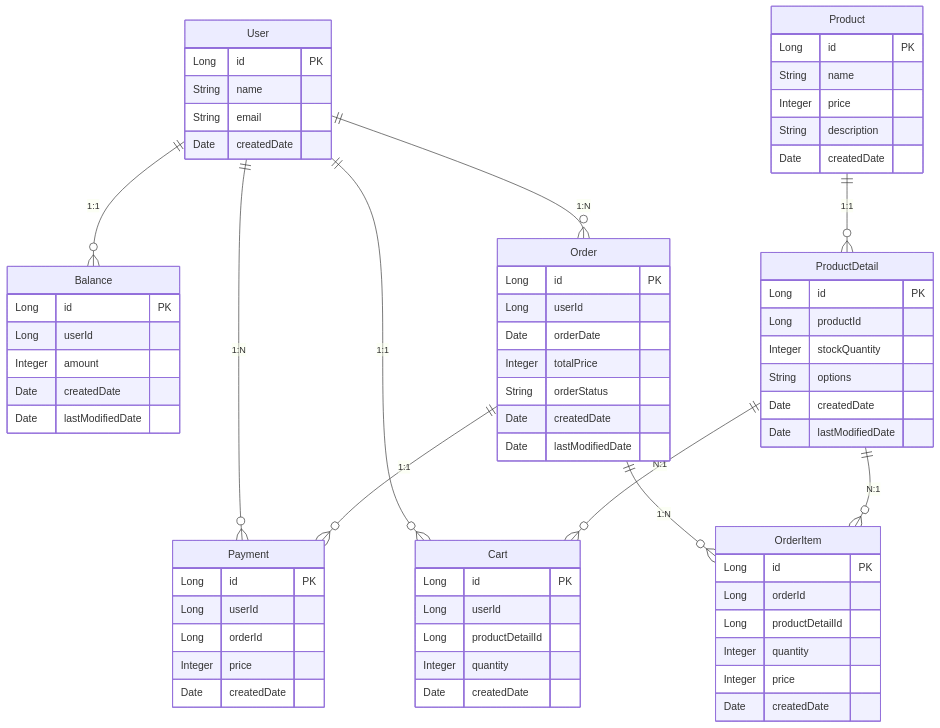
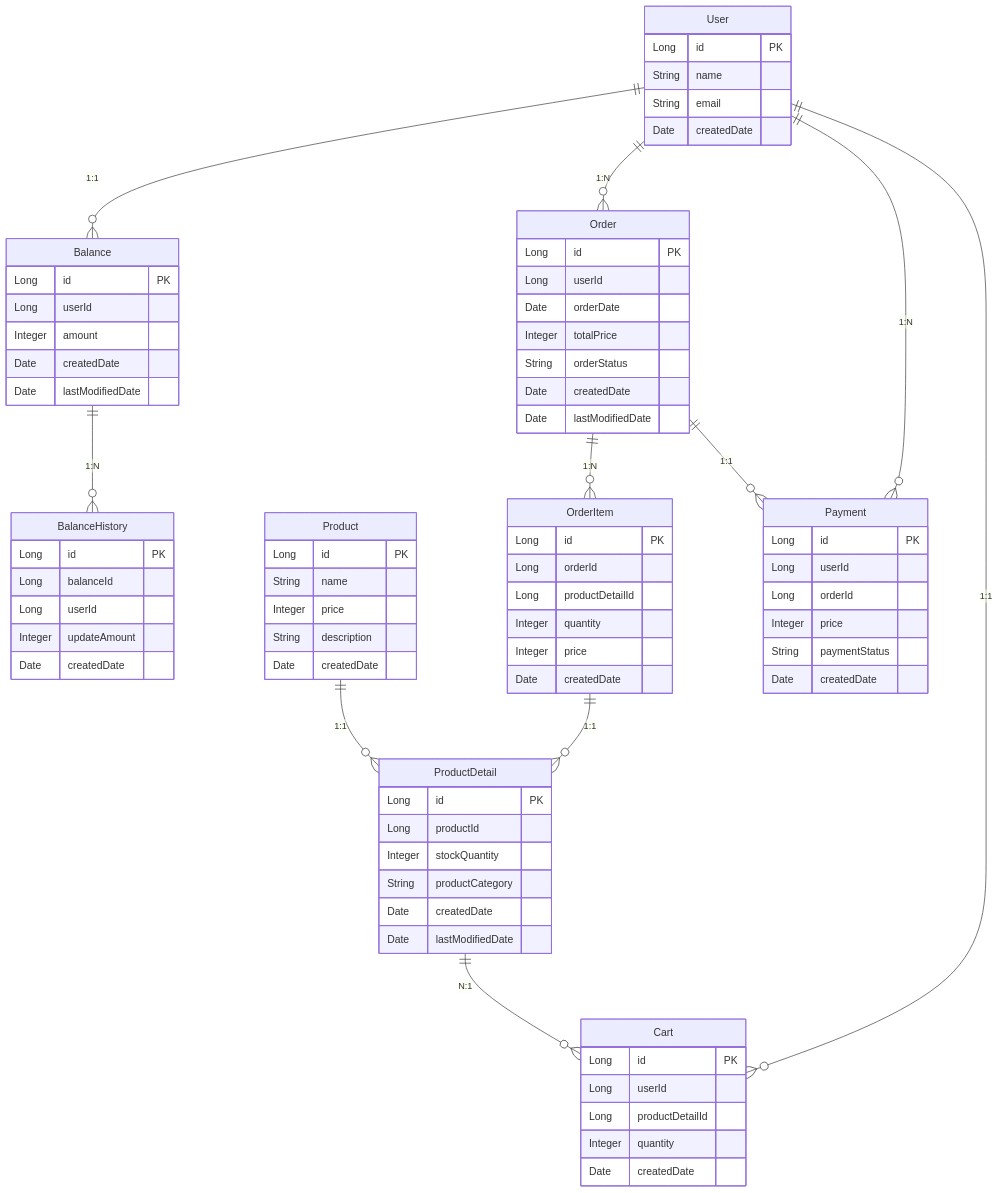
The diagram in docs/ERD.md (lgm1007/hhplus_ecommerce), drawn with Mermaid before and after one commit.

Commit message:
docs: ERD 설계 수정사항  - BalanceHistory 테이블 추가  - 특정 컬럼 삭제 및 추가  - 관계 정의 수정

````diff
--- a/docs/ERD.md
+++ b/docs/ERD.md
@@ -15,6 +15,14 @@
         Date createdDate
         Date lastModifiedDate
     }
+    
+    BalanceHistory {
+        Long id PK
+        Long balanceId
+        Long userId
+        Integer updateAmount
+        Date createdDate
+    }
 
     Product {
         Long id PK
@@ -28,7 +36,7 @@
         Long id PK
         Long productId
         Integer stockQuantity
-        String options
+        String productCategory
         Date createdDate
         Date lastModifiedDate
     }
@@ -57,6 +65,7 @@
         Long userId
         Long orderId
         Integer price
+        String paymentStatus
         Date createdDate
     }
 
@@ -69,12 +78,13 @@
     }
 
     User ||--o{ Balance : "1:1"
+    Balance ||--o{ BalanceHistory : "1:N"
     User ||--o{ Order : "1:N"
     User ||--o{ Payment : "1:N"
     Order ||--o{ OrderItem : "1:N"
     Order ||--o{ Payment : "1:1"
+    OrderItem ||--o{ ProductDetail : "1:1"
     User ||--o{ Cart : "1:1"
     Product ||--o{ ProductDetail : "1:1"
-    ProductDetail ||--o{ OrderItem : "N:1"
     ProductDetail ||--o{ Cart : "N:1"
 ```
````
